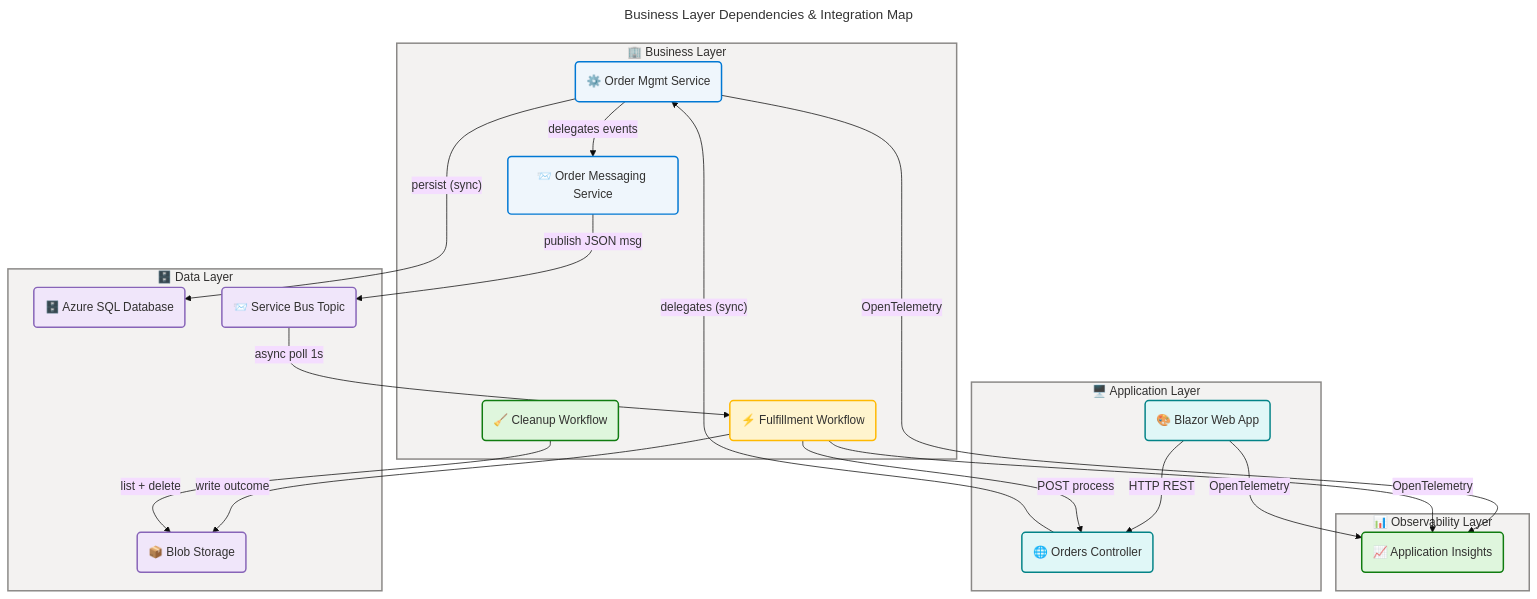
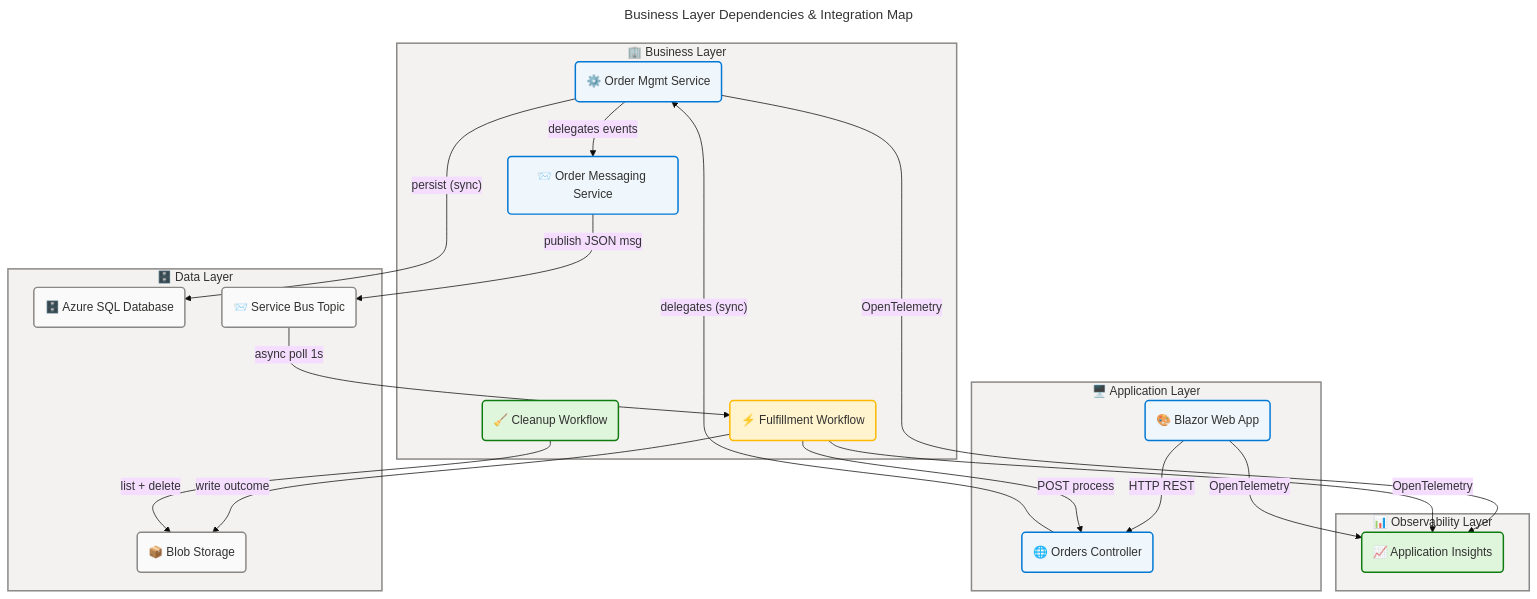
Before and after one commit to Evilazaro/Azure-LogicApps-Monitoring: the sixth of 6 diagrams in docs/architecture/business-architecture.md, drawn with Mermaid. The commit also changed other lines of this file and 2 other files, not shown here.

Commit message:
style: Update class definitions in architecture diagrams to use 'neutral' for data elements

````diff
--- a/docs/architecture/business-architecture.md
+++ b/docs/architecture/business-architecture.md
@@ -1079,75 +1077,73 @@
 ```mermaid
 ---
 title: Business Layer Dependencies & Integration Map
 config:
   theme: base
   look: classic
   layout: dagre
   themeVariables:
     fontSize: '16px'
   flowchart:
     htmlLabels: true
 ---
 flowchart TB
     accTitle: Business Layer Dependencies and Integration Map
     accDescr: Cross-layer dependency map showing how the Business layer components (Order Management Service, Messaging Service, Logic Apps Workflows) integrate with the Application, Data, and Platform layers via REST, event bus, blob storage, and observability channels.
 
     %% ═══════════════════════════════════════════════════════════════════════════
     %% AZURE / FLUENT ARCHITECTURE PATTERN v1.1
     %% (Semantic + Structural + Font + Accessibility Governance)
     %% ═══════════════════════════════════════════════════════════════════════════
     %% PHASE 1 - FLUENT UI: All styling uses approved Fluent UI palette only
     %% PHASE 2 - GROUPS: Every subgraph has semantic color via style directive
     %% PHASE 3 - COMPONENTS: Every node has semantic classDef + icon prefix
     %% PHASE 4 - ACCESSIBILITY: accTitle/accDescr present, WCAG AA contrast
     %% PHASE 5 - STANDARD: Governance block present, classDefs centralized
     %% ═══════════════════════════════════════════════════════════════════════════
 
     subgraph bizlayer["🏢 Business Layer"]
         svcOM2("⚙️ Order Mgmt Service"):::core
         svcMsg2("📨 Order Messaging Service"):::core
         wfFulfill("⚡ Fulfillment Workflow"):::warning
         wfClean("🧹 Cleanup Workflow"):::success
     end
 
     subgraph applayer["🖥️ Application Layer"]
-        ctrl("🌐 Orders Controller"):::external
-        webSvc("🎨 Blazor Web App"):::external
+        ctrl("🌐 Orders Controller"):::core
+        webSvc("🎨 Blazor Web App"):::core
     end
 
     subgraph datalayer2["🗄️ Data Layer"]
-        sqlDB("🗄️ Azure SQL Database"):::data
-        sbus("📨 Service Bus Topic"):::data
-        blob("📦 Blob Storage"):::data
+        sqlDB("🗄️ Azure SQL Database"):::neutral
+        sbus("📨 Service Bus Topic"):::neutral
+        blob("📦 Blob Storage"):::neutral
     end
 
     subgraph obslayer["📊 Observability Layer"]
         appins("📈 Application Insights"):::success
     end
 
     ctrl -->|"delegates (sync)"| svcOM2
     webSvc -->|"HTTP REST"| ctrl
     svcOM2 -->|"persist (sync)"| sqlDB
     svcOM2 -->|"delegates events"| svcMsg2
     svcMsg2 -->|"publish JSON msg"| sbus
     sbus -->|"async poll 1s"| wfFulfill
     wfFulfill -->|"POST process"| ctrl
     wfFulfill -->|"write outcome"| blob
     wfClean -->|"list + delete"| blob
     svcOM2 -->|"OpenTelemetry"| appins
     wfFulfill -->|"OpenTelemetry"| appins
     webSvc -->|"OpenTelemetry"| appins
 
     style bizlayer fill:#F3F2F1,stroke:#8A8886,stroke-width:2px,color:#323130
     style applayer fill:#F3F2F1,stroke:#8A8886,stroke-width:2px,color:#323130
     style datalayer2 fill:#F3F2F1,stroke:#8A8886,stroke-width:2px,color:#323130
     style obslayer fill:#F3F2F1,stroke:#8A8886,stroke-width:2px,color:#323130
 
     classDef neutral fill:#FAFAFA,stroke:#8A8886,stroke-width:2px,color:#323130
     classDef core fill:#EFF6FC,stroke:#0078D4,stroke-width:2px,color:#323130
     classDef success fill:#DFF6DD,stroke:#107C10,stroke-width:2px,color:#323130
     classDef warning fill:#FFF4CE,stroke:#FFB900,stroke-width:2px,color:#323130
     classDef danger fill:#FDE7E9,stroke:#D13438,stroke-width:2px,color:#323130
-    classDef data fill:#F0E6FA,stroke:#8764B8,stroke-width:2px,color:#323130
-    classDef external fill:#E0F7F7,stroke:#038387,stroke-width:2px,color:#323130
 ```
````
